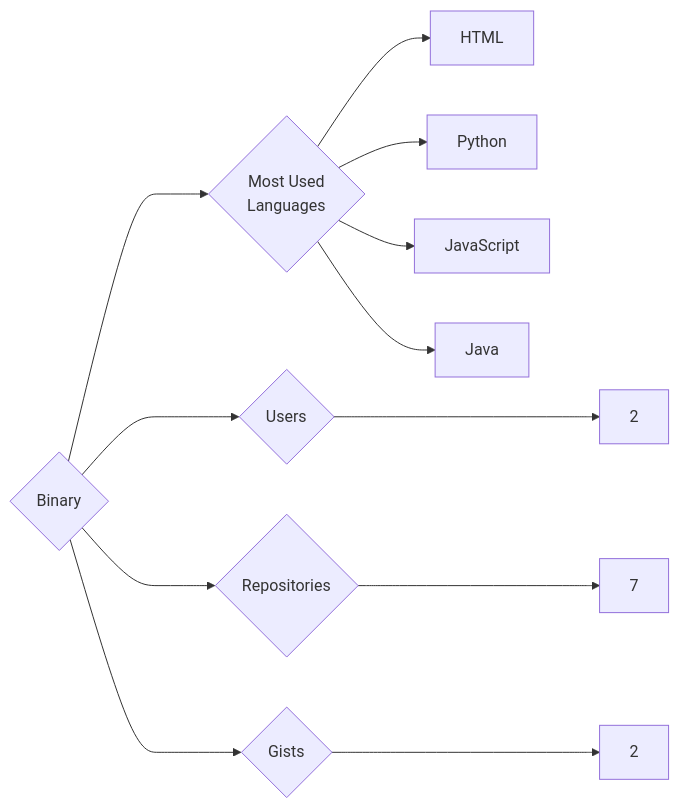
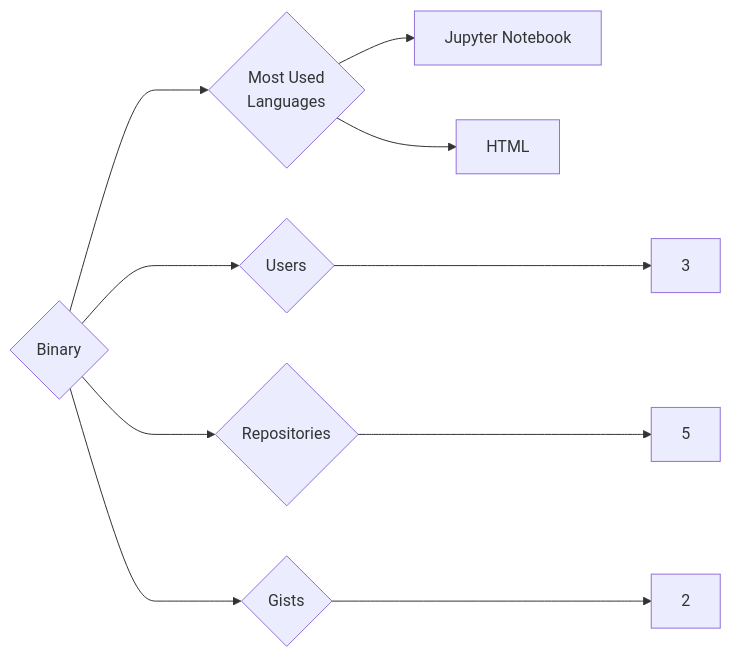
Before and after one commit to trickest/insiders: the diagram in targets/Binary/README.md, drawn with Mermaid. The commit also changed 618 other files, not shown here.

````diff
--- a/targets/Binary/README.md
+++ b/targets/Binary/README.md
@@ -3,12 +3,10 @@
 ```mermaid
 graph LR
 COMPANY_NAME{Binary}
-COMPANY_NAME ---> U{Users} ---> UN[2]
-COMPANY_NAME ---> R{Repositories} ---> RN[7]
+COMPANY_NAME ---> U{Users} ---> UN[3]
+COMPANY_NAME ---> R{Repositories} ---> RN[5]
 COMPANY_NAME ---> G{Gists} ---> GN[2]
 COMPANY_NAME ---> ML{Most Used<br>Languages}
+ML --> Jupyter_Notebook[Jupyter Notebook]
 ML --> HTML[HTML]
-ML --> Python[Python]
-ML --> JavaScript[JavaScript]
-ML --> Java[Java]
 ```
````
